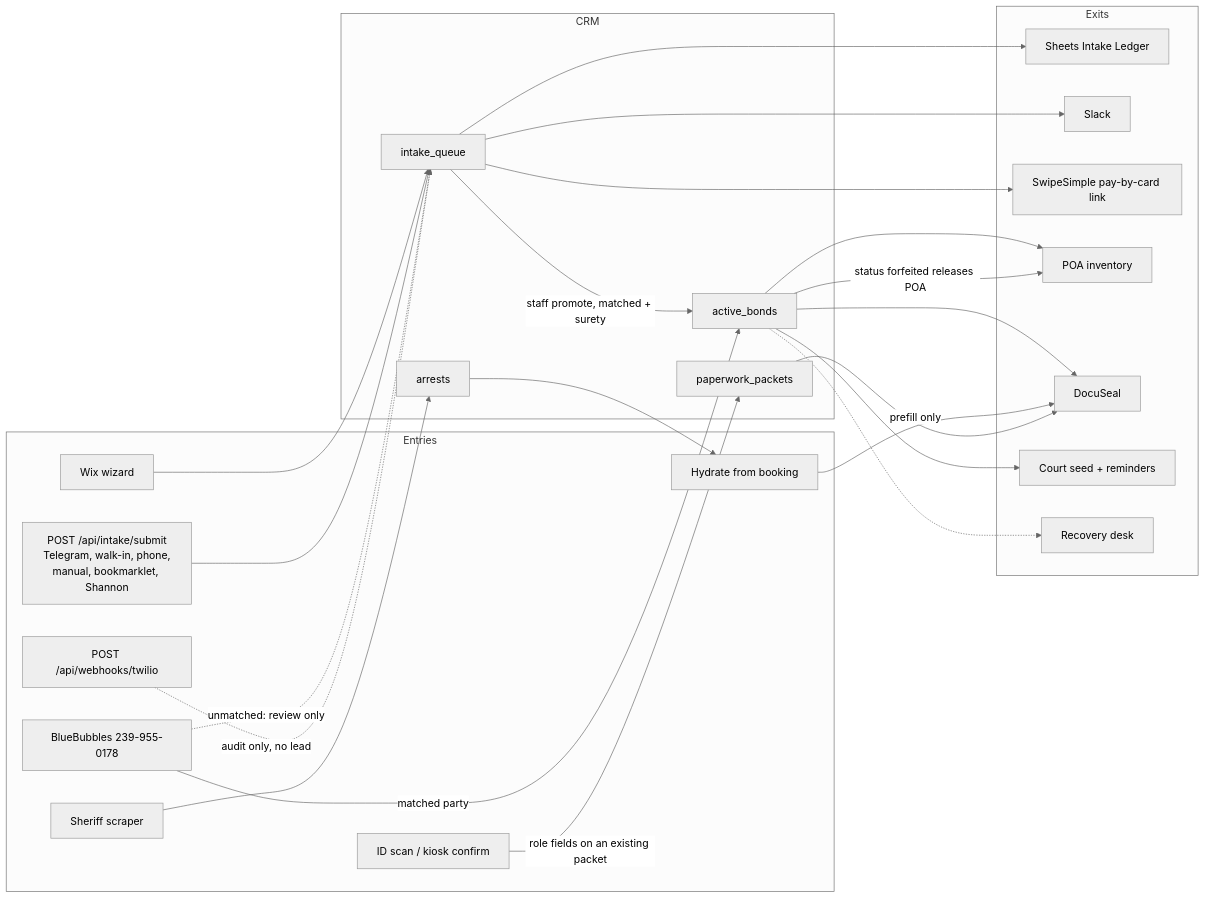
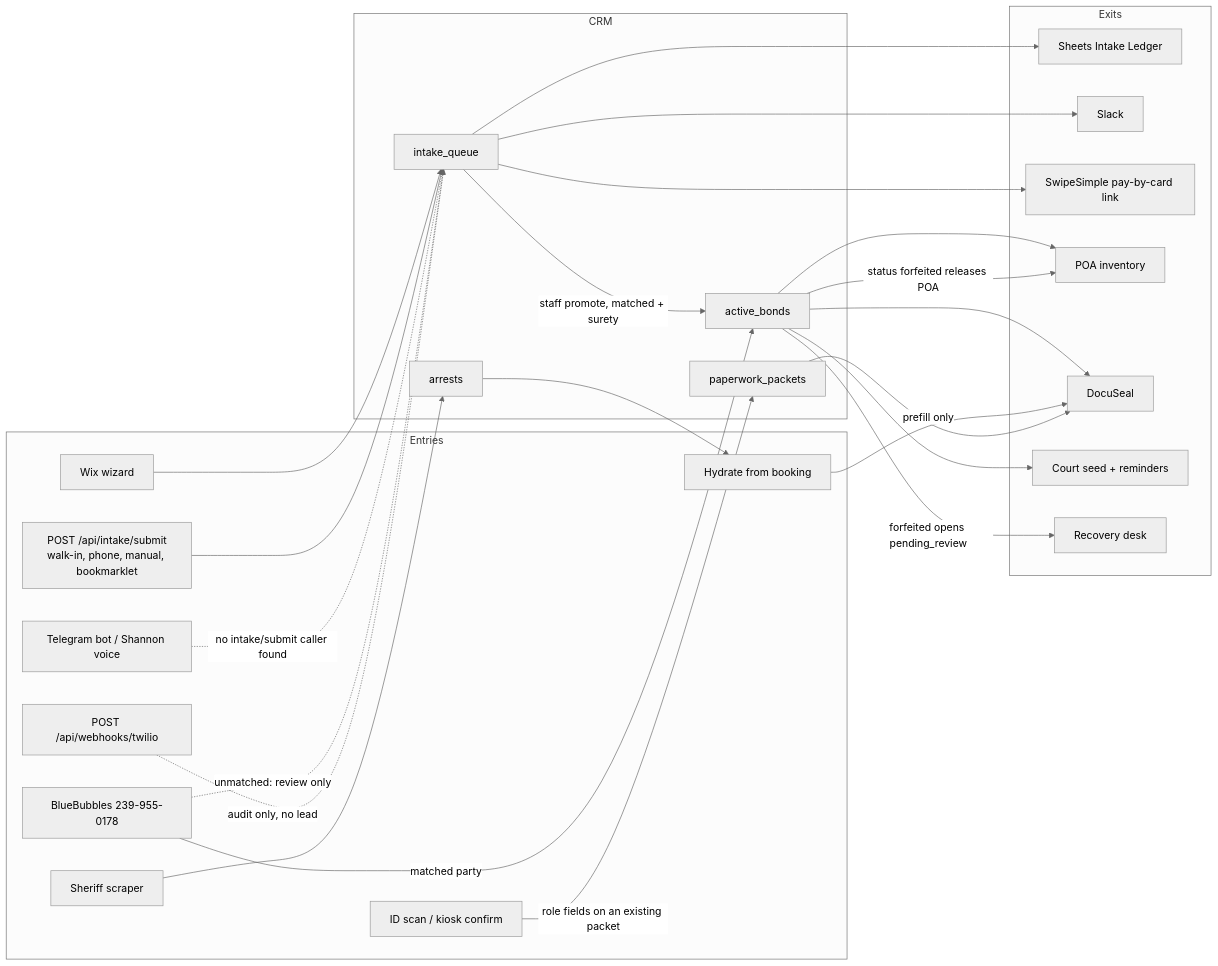
One commit to Shamrock2245/shamrock-leads changed the diagram in docs/WORKFLOW_ENDPOINT_MAP.md. Above: the diagram before and after it, drawn with Mermaid (neutral theme). The commit also changed other lines of this file and 8 other files, not shown here.

First line of the commit message:
fix(intake): fail closed on identity, amount, and forfeiture review

````diff
--- a/docs/WORKFLOW_ENDPOINT_MAP.md
+++ b/docs/WORKFLOW_ENDPOINT_MAP.md
@@ -17,49 +17,51 @@
 ```mermaid
 flowchart LR
   subgraph entries [Entries]
     Wix["Wix wizard"]
-    Submit["POST /api/intake/submit<br/>Telegram, walk-in, phone,<br/>manual, bookmarklet, Shannon"]
+    Submit["POST /api/intake/submit<br/>walk-in, phone, manual, bookmarklet"]
+    TG["Telegram bot / Shannon voice"]
     Scan["ID scan / kiosk confirm"]
     Scrape["Sheriff scraper"]
     Hydrate["Hydrate from booking"]
     BB["BlueBubbles 239-955-0178"]
     Twilio["POST /api/webhooks/twilio"]
   end
 
   subgraph crm [CRM]
     Queue["intake_queue"]
     Arrests["arrests"]
     Bond["active_bonds"]
     Packet["paperwork_packets"]
   end
 
   subgraph exits [Exits]
     Sheets["Sheets Intake Ledger"]
     Slack["Slack"]
     Pay["SwipeSimple pay-by-card link"]
     POA["POA inventory"]
     Sign["DocuSeal"]
     Court["Court seed + reminders"]
     Recovery["Recovery desk"]
   end
 
   Wix --> Queue
   Submit --> Queue
+  TG -.->|"no intake/submit caller found"| Queue
   Queue --> Sheets
   Queue --> Slack
   Queue --> Pay
   Queue -->|"staff promote, matched + surety"| Bond
   Bond --> POA
   Bond --> Court
   Bond --> Sign
   Scrape --> Arrests
   Arrests --> Hydrate
   Hydrate -->|"prefill only"| Sign
   Scan -->|"role fields on an existing packet"| Packet
   Packet --> Sign
   BB -->|"matched party"| Bond
   BB -.->|"unmatched: review only"| Queue
   Twilio -.->|"audit only, no lead"| Queue
   Bond -->|"status forfeited releases POA"| POA
-  Bond -.-> Recovery
+  Bond -->|"forfeited opens pending_review"| Recovery
 ```
````
